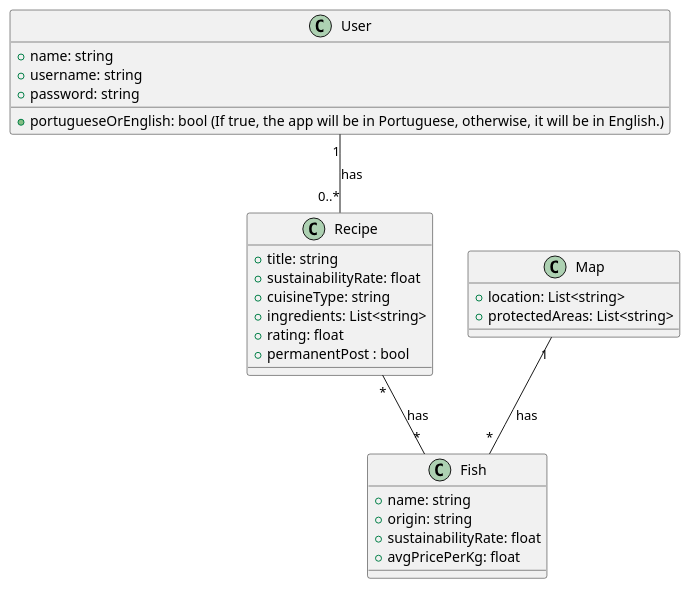
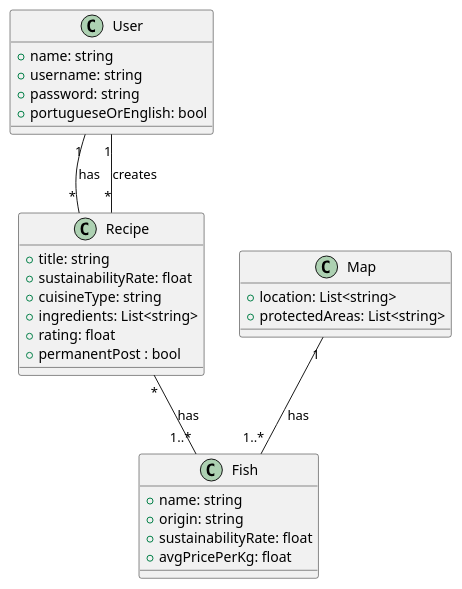
Before and after one commit to PedroLunet/MarineChoice: the diagram in model.puml, drawn with PlantUML. The commit also changed 1 other file, not shown here.

```diff
--- a/model.puml
+++ b/model.puml
@@ -1,36 +1,38 @@
 @startuml domain modeling
 
 class User {
     + name: string
     + username: string
     + password: string
-    + portugueseOrEnglish: bool (If true, the app will be in Portuguese, otherwise, it will be in English.)
+    + portugueseOrEnglish: bool 
+    ' (If true, the app will be in Portuguese, otherwise, it will be in English.)
 }
 
 class Recipe {
     + title: string
     + sustainabilityRate: float
     + cuisineType: string
     + ingredients: List<string>
     + rating: float
     + permanentPost : bool
 }
 
 
 class Fish {
     + name: string
     + origin: string
     + sustainabilityRate: float
     + avgPricePerKg: float
 }
 
 class Map {
     + location: List<string>
     + protectedAreas: List<string>
 }
 
 
-User "1" -- "0..*" Recipe : has
-Map "1" -- "*" Fish : has
-Recipe "*" -- "*" Fish : has
+User "1" -- "*" Recipe : has
+Map "1" -- "1..*" Fish : has
+Recipe "*" -- "1..*" Fish : has
+User "1" -- "*" Recipe : creates
 @enduml
```
